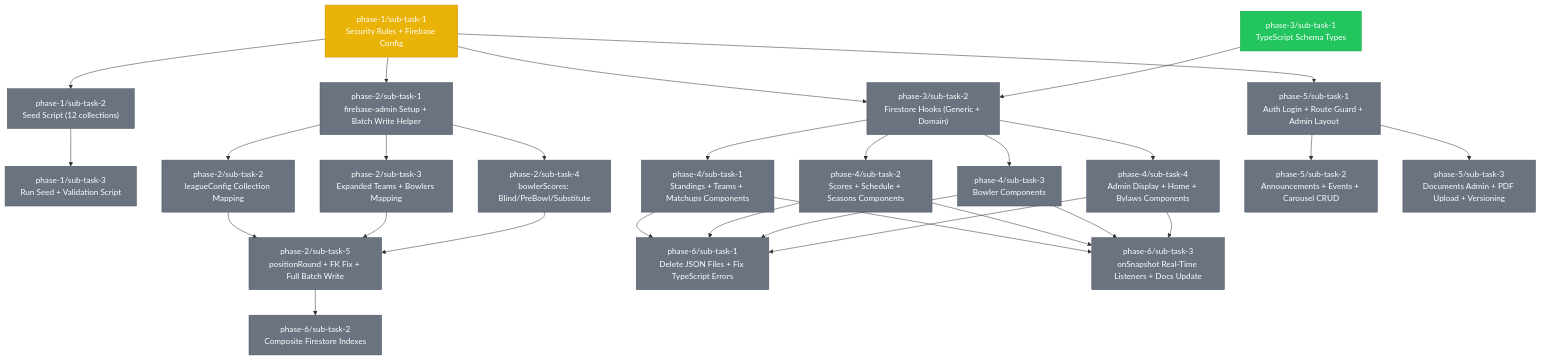
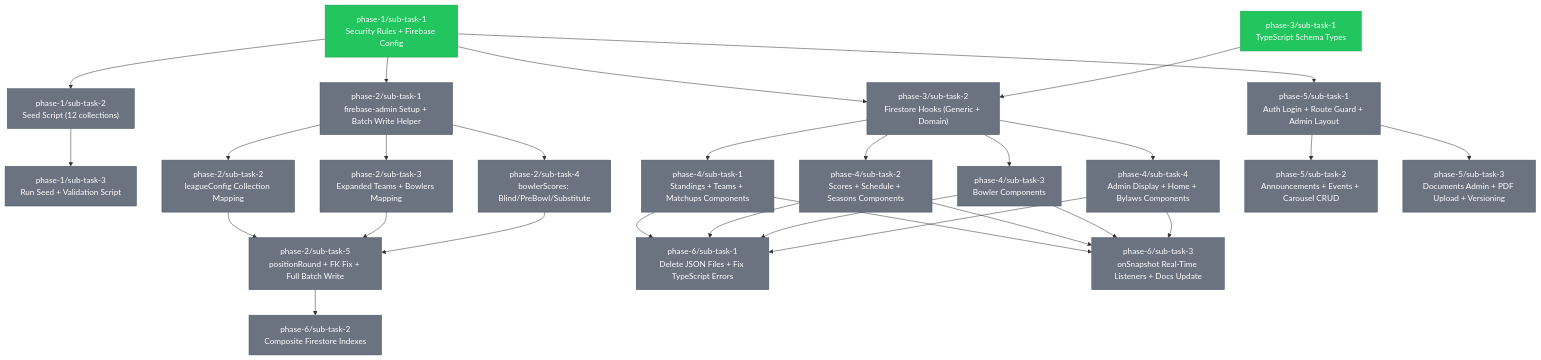
The diagram in .claude/tasks/TASKS.md (Bagwell-Oil-Imaging/late-night-happy-hour-league-site), drawn with Mermaid before and after one commit. The commit also changed other lines of this file, not shown here.

```diff
--- a/.claude/tasks/TASKS.md
+++ b/.claude/tasks/TASKS.md
@@ -84,7 +84,7 @@
     classDef blocked fill:#ef4444,stroke:#dc2626,color:#fff
 
     %% Apply status classes
-    class P1S1 inprogress
+    class P1S1 completed
     class P1S2 pending
     class P1S3 pending
     class P2S1 pending
```
